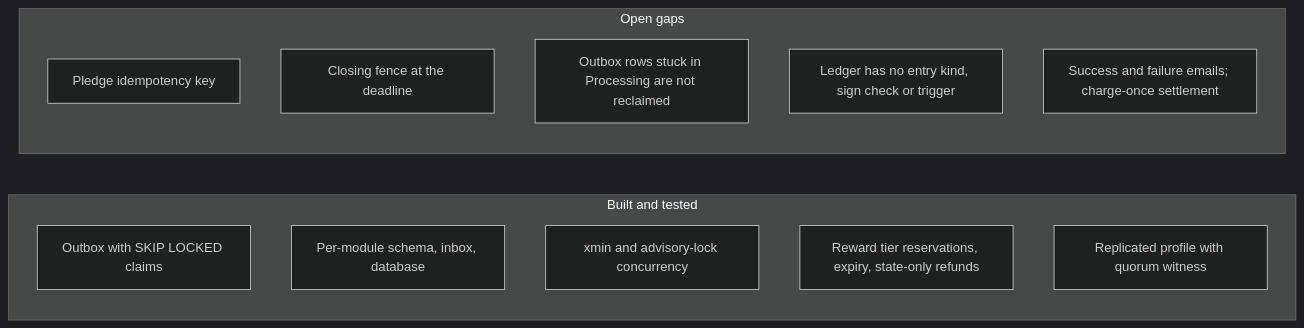
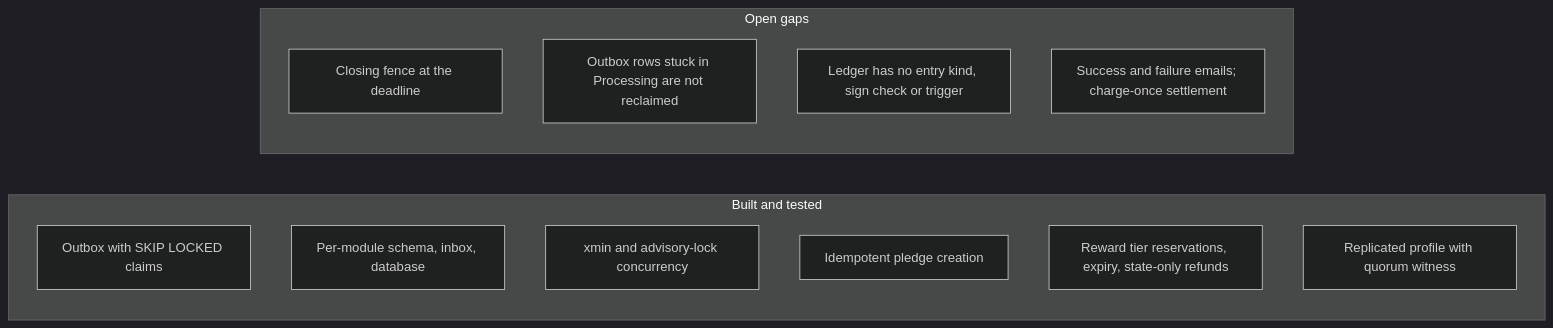
The fourth of 6 diagrams in README.md (maysamgamini/crowdfundinghub), drawn with Mermaid (dark theme) before and after one commit. The commit also changed 37 other files, not shown here.

````diff
--- a/README.md
+++ b/README.md
@@ -146,17 +146,17 @@
 ```mermaid
 flowchart LR
     subgraph Built["Built and tested"]
         B1["Outbox with SKIP LOCKED claims"]
         B2["Per-module schema, inbox, database"]
         B3["xmin and advisory-lock concurrency"]
+        B6["Idempotent pledge creation"]
         B4["Reward tier reservations, expiry, state-only refunds"]
         B5["Replicated profile with quorum witness"]
     end
     subgraph Open["Open gaps"]
-        O1["Pledge idempotency key"]
         O2["Closing fence at the deadline"]
         O3["Outbox rows stuck in Processing are not reclaimed"]
         O4["Ledger has no entry kind, sign check or trigger"]
         O5["Success and failure emails; charge-once settlement"]
     end
 ```
````
